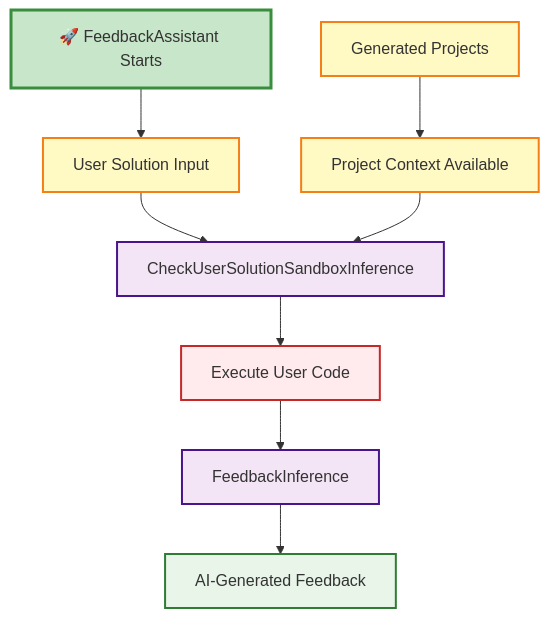
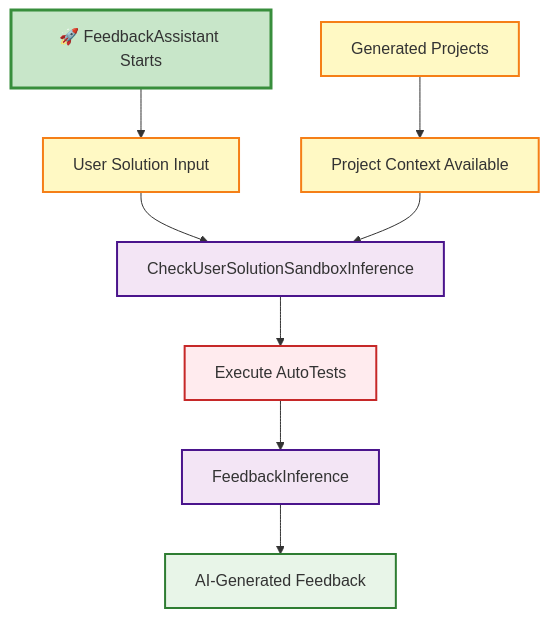
One commit to AaLexUser/AI-micro-project-generator changed the second of 2 diagrams in README.md. Above: the diagram before and after it, drawn with Mermaid. The commit also changed other lines of this file, not shown here.

````diff
--- a/README.md
+++ b/README.md
@@ -383,27 +388,27 @@
 ```mermaid
 graph TD
     %% Input Layer - New Agent Starts
     A[🚀 FeedbackAssistant Starts] --> B[User Solution Input]
     C[Generated Projects] --> D[Project Context Available]
 
     %% FeedbackAssistant Pipeline
     B --> E[CheckUserSolutionSandboxInference]
     D --> E
-    E --> F[Execute User Code]
+    E --> F[Execute AutoTests]
     F --> G[FeedbackInference]
     G --> H[AI-Generated Feedback]
 
     %% Styling
     classDef assistantClass fill:#e1f5fe,stroke:#01579b,stroke-width:2px
     classDef inferenceClass fill:#f3e5f5,stroke:#4a148c,stroke-width:2px
     classDef outputClass fill:#e8f5e8,stroke:#2e7d32,stroke-width:2px
     classDef sandboxClass fill:#ffebee,stroke:#c62828,stroke-width:2px
     classDef startClass fill:#c8e6c9,stroke:#388e3c,stroke-width:3px
     classDef contextClass fill:#fff9c4,stroke:#f57f17,stroke-width:2px
 
     class A startClass
     class E,G inferenceClass
     class H outputClass
     class F sandboxClass
     class B,C,D contextClass
 ```
````
